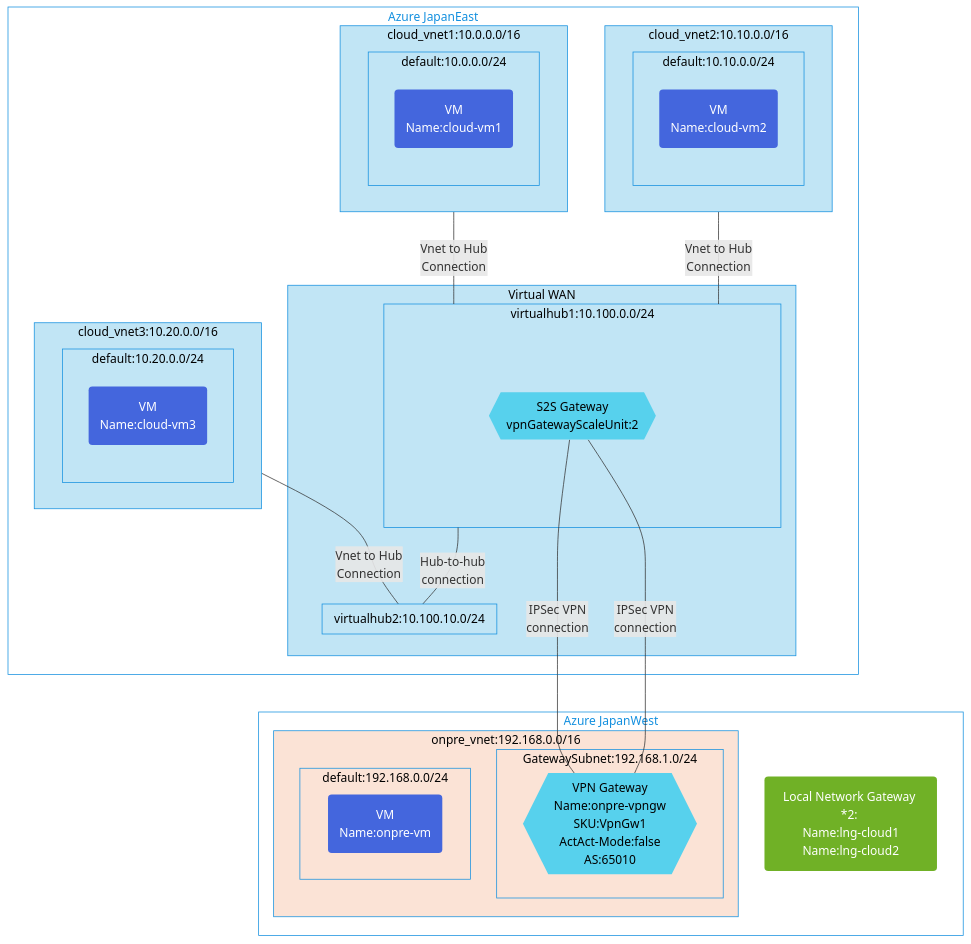
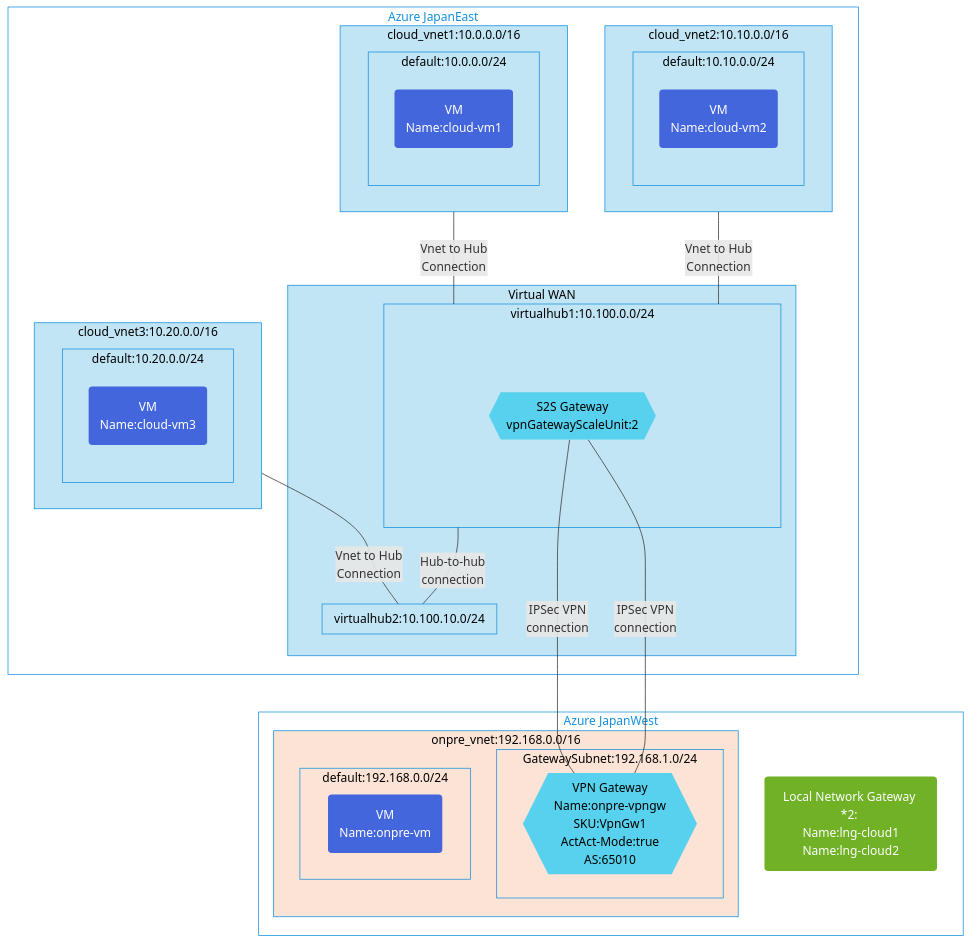
The diagram in vwan-s2s-collection1/README.md (toizumi03/bicep-templates), drawn with Mermaid before and after one commit.

````diff
--- a/vwan-s2s-collection1/README.md
+++ b/vwan-s2s-collection1/README.md
@@ -3,69 +3,69 @@
 ```mermaid
 graph TB;
 %% Groups and Services
 subgraph GR2[Azure JapanWest]
   subgraph GonpV[onpre_vnet:192.168.0.0/16]
      subgraph GonpS1[GatewaySubnet:192.168.1.0/24]
-      VPNGW2{{"VPN Gateway<br/>Name:onpre-vpngw<br/>SKU:VpnGw1<br/>ActAct-Mode:false<br/>AS:65010"}}
+      VPNGW2{{"VPN Gateway<br/>Name:onpre-vpngw<br/>SKU:VpnGw1<br/>ActAct-Mode:true<br/>AS:65010"}}
     end
       subgraph GonpS2[default:192.168.0.0/24]
         CP4("VM<br/>Name:onpre-vm")
     end
 end
     LNGW2("Local Network Gateway *2: <br/>Name:lng-cloud1<br/>Name:lng-cloud2")
 end
 
 subgraph GR1[Azure JapanEast]
   subgraph GV1[cloud_vnet1:10.0.0.0/16]
       subgraph GVS1[default:10.0.0.0/24]
         CP1("VM<br/>Name:cloud-vm1")
       end
 end
   subgraph GV2[cloud_vnet2:10.10.0.0/16]
       subgraph GVS2[default:10.10.0.0/24]
         CP2("VM<br/>Name:cloud-vm2")
       end
 end
   subgraph GV3[cloud_vnet3:10.20.0.0/16]
       subgraph GVS3[default:10.20.0.0/24]
         CP3("VM<br/>Name:cloud-vm3")
       end
 end
   subgraph GV4[Virtual WAN]
     subgraph GV5[virtualhub1:10.100.0.0/24]
       VPNGW3{{"S2S Gateway<br/>vpnGatewayScaleUnit:2"}}
 end
     subgraph GV6[virtualhub2:10.100.10.0/24]
 end
 end
 end
 
 %% Relation for resources
 GV1 --Vnet to Hub <br/>Connection--- GV5
 GV2 --Vnet to Hub <br/>Connection--- GV5
 GV3 --Vnet to Hub <br/>Connection--- GV6
 GV5 --Hub-to-hub <br/>connection--- GV6
 VPNGW3 --IPSec VPN <br/>connection---- VPNGW2
 VPNGW3 --IPSec VPN <br/>connection---- VPNGW2
 
 %% Groups style
 classDef GSR fill:#fff,color:#1490df,stroke:#1490df
 class GR1,GR2 GSR
 
 classDef SGV1 fill:#c1e5f5,color:#000,stroke:#1490df
 class GV1,GV2,GV3,GV4,GV5,GV6,GVS1,GVS2,GVS3,GVS4 SGV1
 
 classDef SGonpV fill:#fbe3d6,color:#000,stroke:#1490df
 class GonpV,GonpS1,GonpS2 SGonpV
  
 %% Service Style
 classDef SCP fill:#4466dd,color:#fff,stroke:none
 class CP1,CP2,CP3,CP4 SCP
 
 classDef SVPNGW fill:#57d1ed,color:#000,stroke:none
 class VPNGW1,VPNGW2,VPNGW3,VPNGW4 SVPNGW
 
 classDef SLNGW fill:#70b126,color:#fff,stroke:none
 class LNGW1,LNGW2 SLNGW
 
 ```
````
